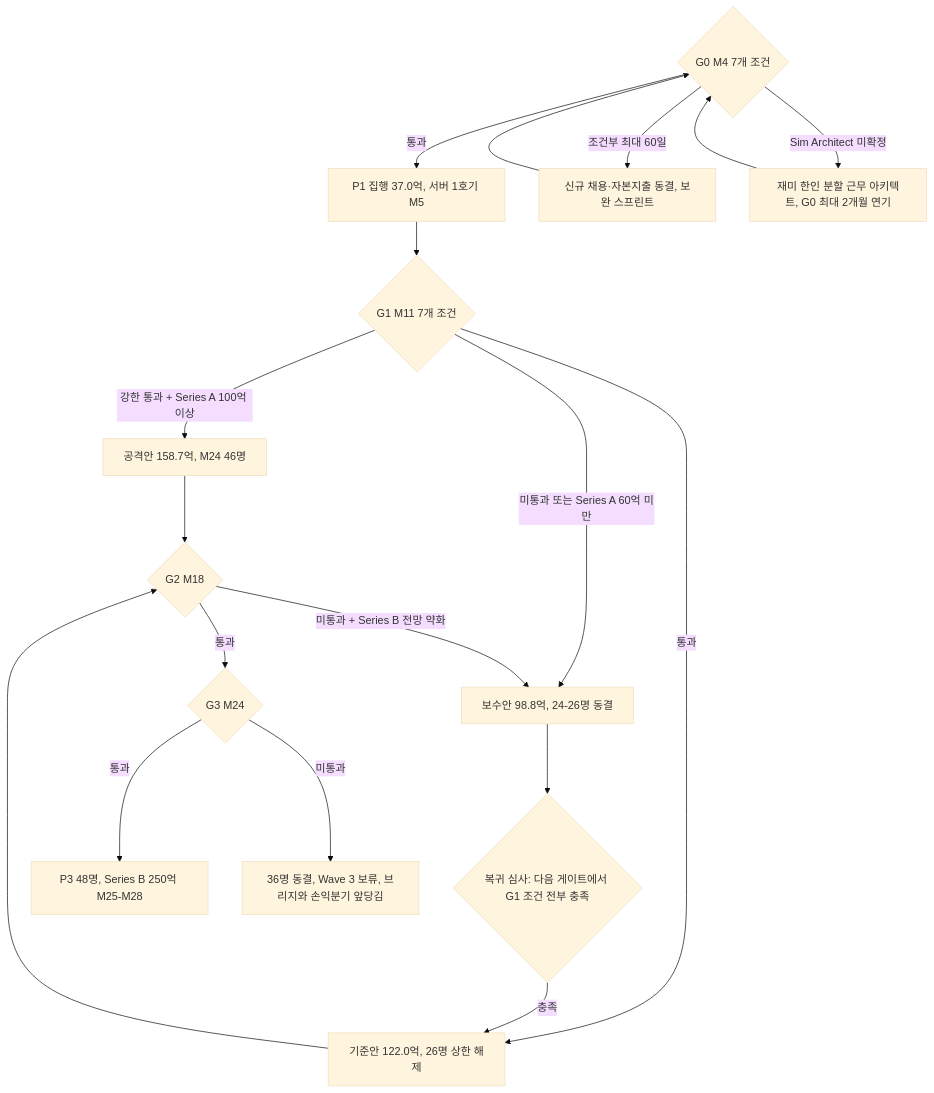
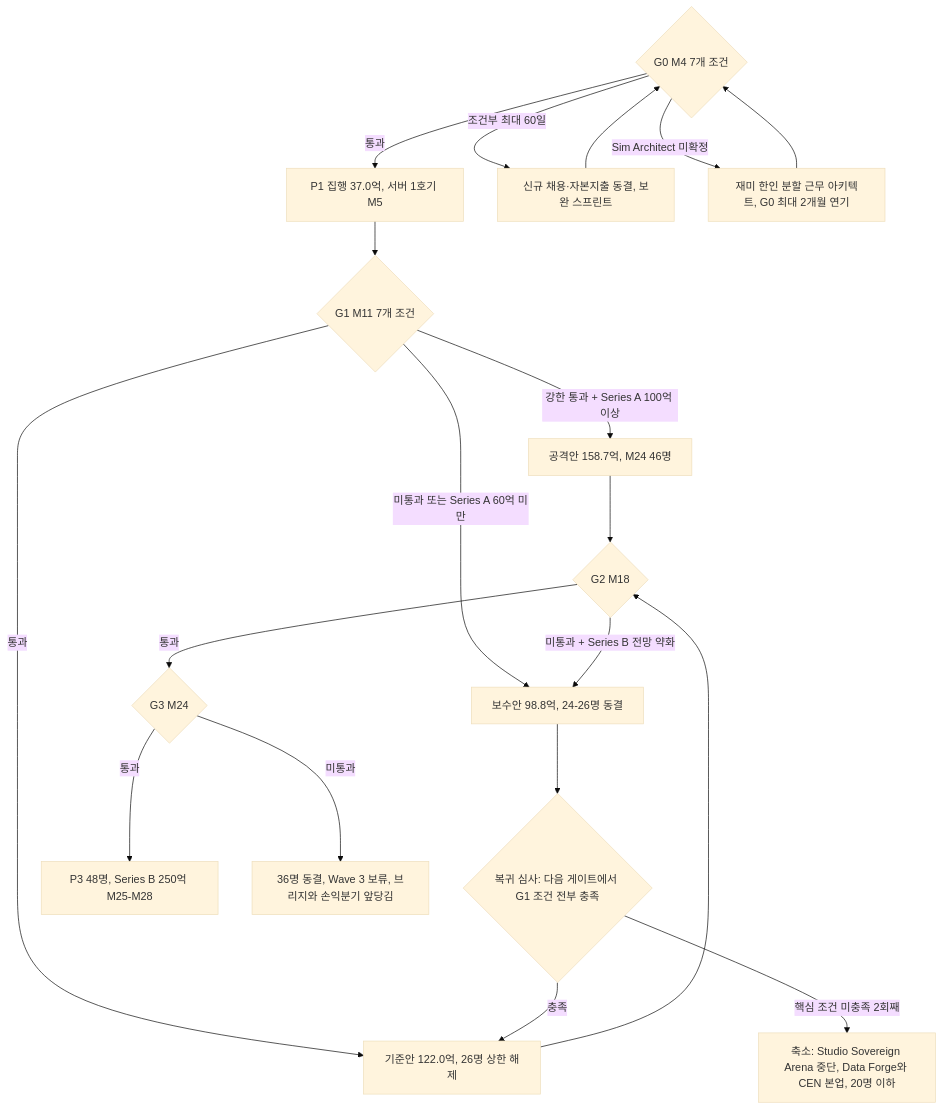
Before and after one commit to ouremployeeces-ship-it/AIResearch: the second of 5 diagrams in docs/digital-twin-platform/09-roadmap-organization-budget.md, drawn with Mermaid (base theme). The commit also changed other lines of this file and 14 other files, not shown here.

````diff
--- a/docs/digital-twin-platform/09-roadmap-organization-budget.md
+++ b/docs/digital-twin-platform/09-roadmap-organization-budget.md
@@ -286,20 +307,21 @@
 ```mermaid
 flowchart TD
     G0{"G0 M4 7개 조건"} -->|"통과"| P1["P1 집행 37.0억, 서버 1호기 M5"]
     G0 -->|"조건부 최대 60일"| H0["신규 채용·자본지출 동결, 보완 스프린트"]
     H0 --> G0
     G0 -->|"Sim Architect 미확정"| FR["재미 한인 분할 근무 아키텍트, G0 최대 2개월 연기"]
     FR --> G0
     P1 --> G1{"G1 M11 7개 조건"}
     G1 -->|"강한 통과 + Series A 100억 이상"| AG["공격안 158.7억, M24 46명"]
     G1 -->|"통과"| BA["기준안 122.0억, 26명 상한 해제"]
     G1 -->|"미통과 또는 Series A 60억 미만"| LN["보수안 98.8억, 24-26명 동결"]
     BA --> G2{"G2 M18"}
     AG --> G2
     G2 -->|"통과"| G3{"G3 M24"}
     G2 -->|"미통과 + Series B 전망 약화"| LN
     LN --> RE{"복귀 심사: 다음 게이트에서 G1 조건 전부 충족"}
     RE -->|"충족"| BA
+    RE -->|"핵심 조건 미충족 2회째"| SH["축소: Studio Sovereign Arena 중단, Data Forge와 CEN 본업, 20명 이하"]
     G3 -->|"통과"| P3["P3 48명, Series B 250억 M25-M28"]
     G3 -->|"미통과"| HD["36명 동결, Wave 3 보류, 브리지와 손익분기 앞당김"]
 ```
````
